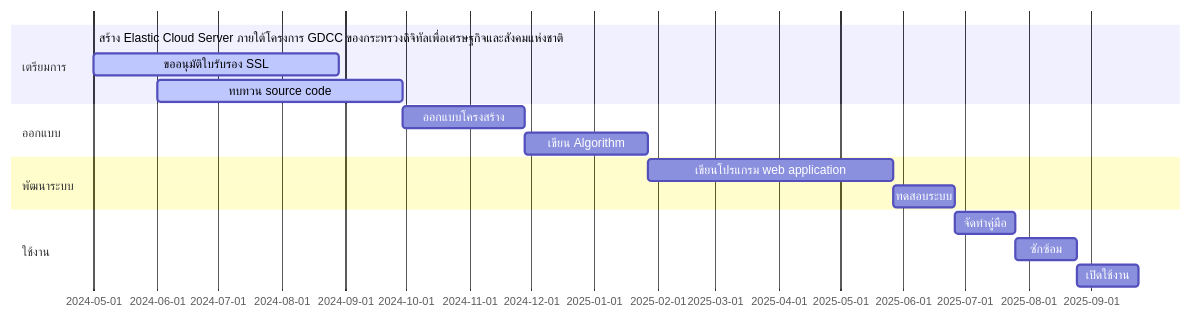
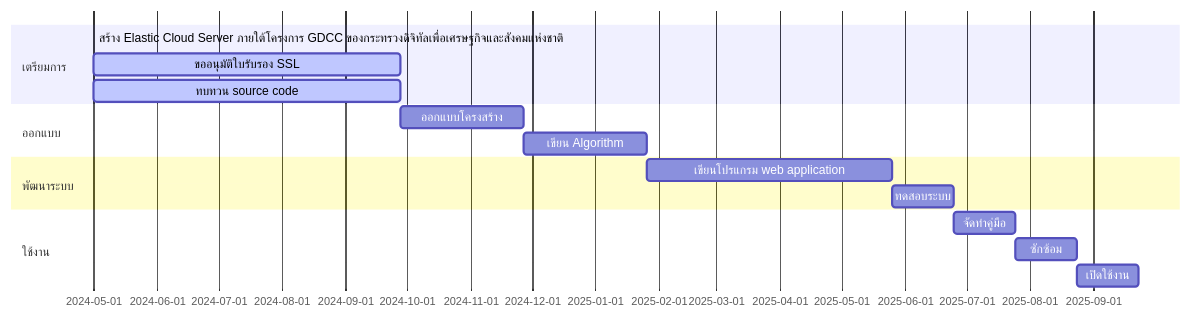
The first of 2 diagrams in README.md (Kietpawpan/e-tracking), drawn with Mermaid before and after one commit.

````diff
--- a/README.md
+++ b/README.md
@@ -10,19 +10,19 @@
 ```mermaid
 gantt
     section เตรียมการ
     สร้าง Elastic Cloud Server ภายใต้โครงการ GDCC ของกระทรวงดิจิทัลเพื่อเศรษฐกิจและสังคมแห่งชาติ :done,    des1, 2024-05-01,2024-05-30
-    ขออนุมัติใบรับรอง SSL       :active, des2, after des1, 120d
-    ทบทวน source code  :   active, des3, 2024-06-01, 120d
+    ขออนุมัติใบรับรอง SSL       :active, des2, after des1, 150d
+    ทบทวน source code  :   active, des3, after des1, 150d
     section ออกแบบ
     ออกแบบโครงสร้าง  :         des4, after des3, 60d
     เขียน Algorithm:   des5, after des4, 60d
     section พัฒนาระบบ
     เขียนโปรแกรม web application  :  des6, after des5, 120d
     ทดสอบระบบ:des7, after des6, 30d
    section ใช้งาน
     จัดทำคู่มือ  :         des8, after des7, 30d
     ซักซ้อม :         des9, after des8, 30d
       เปิดใช้งาน: des10, after des9, 30d
 
 
 ```
````
